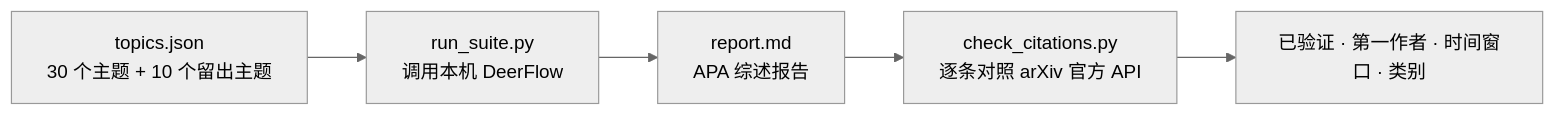
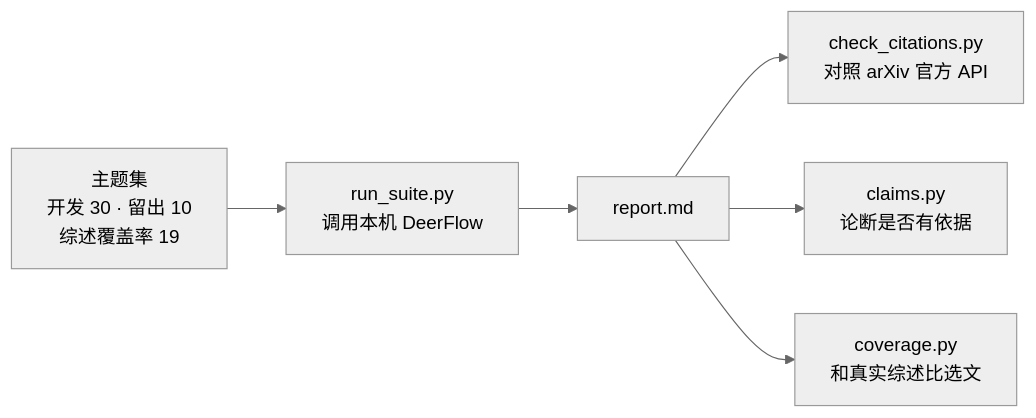
The third of 3 diagrams in README.md (unumbrela/deerflow-citeguard), drawn with Mermaid (neutral theme) before and after one commit. The commit also changed other lines of this file and 172 other files, not shown here.

First line of the commit message:
README and chart on v3 round-two data; coverage dev baseline 12.5%

````diff
--- a/README.md
+++ b/README.md
@@ -57,7 +61,8 @@
 ```mermaid
 flowchart LR
-  T["topics.json<br/>30 个主题 + 10 个留出主题"] --> R["run_suite.py<br/>调用本机 DeerFlow"]
-  R --> P["report.md<br/>APA 综述报告"]
-  P --> C["check_citations.py<br/>逐条对照 arXiv 官方 API"]
-  C --> M["已验证 · 第一作者 · 时间窗口 · 类别"]
+  T["主题集<br/>开发 30 · 留出 10<br/>综述覆盖率 19"] --> R["run_suite.py<br/>调用本机 DeerFlow"]
+  R --> P["report.md"]
+  P --> C["check_citations.py<br/>对照 arXiv 官方 API"]
+  P --> L["claims.py<br/>论断是否有依据"]
+  P --> V["coverage.py<br/>和真实综述比选文"]
 ```
````
